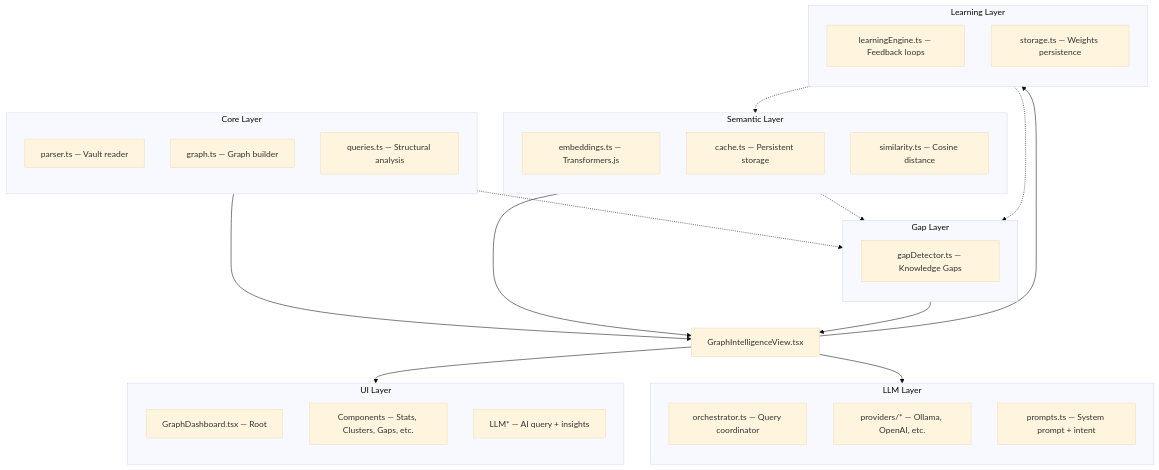
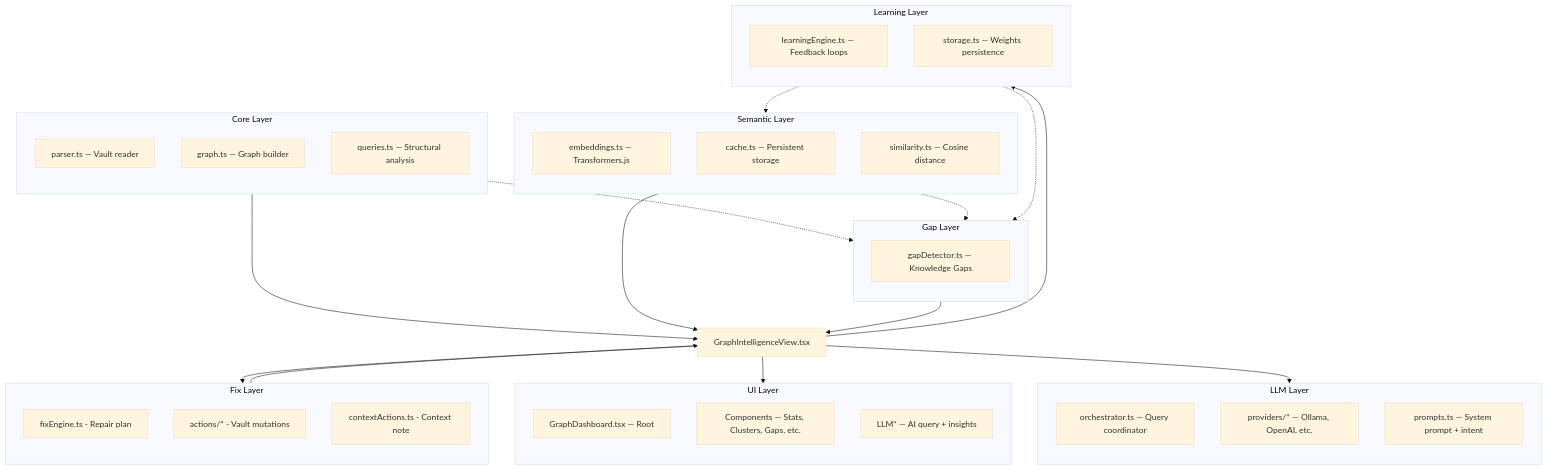
One commit to Rajveerx11/obsidian-graph-intelligence changed the second of 4 diagrams in CONTRIBUTING.md. Above: the diagram before and after it, drawn with Mermaid (base theme). The commit also changed other lines of this file and 1 other file, not shown here.

Commit message:
feat: enhance documentation with Fix My Vault and Apply All features, detailing architecture and repair processes

````diff
--- a/CONTRIBUTING.md
+++ b/CONTRIBUTING.md
@@ -129,52 +129,61 @@
 ```mermaid
 graph TD
     subgraph Core["Core Layer"]
         direction TB
         C1["parser.ts — Vault reader"]
         C2["graph.ts — Graph builder"]
         C3["queries.ts — Structural analysis"]
     end
 
     subgraph Semantic["Semantic Layer"]
         direction TB
         S1["embeddings.ts — Transformers.js"]
         S2["cache.ts — Persistent storage"]
         S3["similarity.ts — Cosine distance"]
     end
 
     subgraph Gap["Gap Layer"]
         direction TB
         G1["gapDetector.ts — Knowledge Gaps"]
+    end
+
+    subgraph Fix["Fix Layer"]
+        direction TB
+        F1["fixEngine.ts - Repair plan"]
+        F2["actions/* - Vault mutations"]
+        F3["contextActions.ts - Context note"]
     end
 
     subgraph LLM["LLM Layer"]
         direction TB
         L1["orchestrator.ts — Query coordinator"]
         L2["providers/* — Ollama, OpenAI, etc."]
         L3["prompts.ts — System prompt + intent"]
     end
 
     subgraph Learning["Learning Layer"]
         direction TB
         A1["learningEngine.ts — Feedback loops"]
         A2["storage.ts — Weights persistence"]
     end
 
     subgraph UI["UI Layer"]
         direction TB
         U1["GraphDashboard.tsx — Root"]
         U2["Components — Stats, Clusters, Gaps, etc."]
         U3["LLM* — AI query + insights"]
     end
 
     Core --> Plugin["GraphIntelligenceView.tsx"]
     Semantic --> Plugin
     Core -.-> Gap
     Semantic -.-> Gap
     Gap --> Plugin
+    Plugin --> Fix
+    Fix --> Plugin
     Plugin --> Learning
     Learning -.-> Semantic
     Learning -.-> Gap
     Plugin --> UI
     Plugin --> LLM
 ```
````
